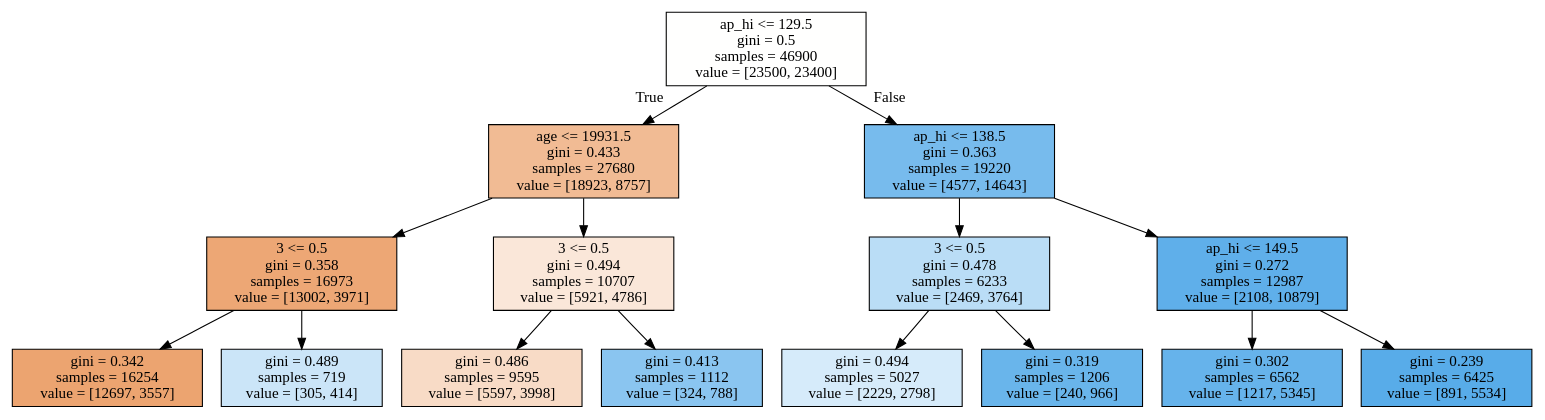
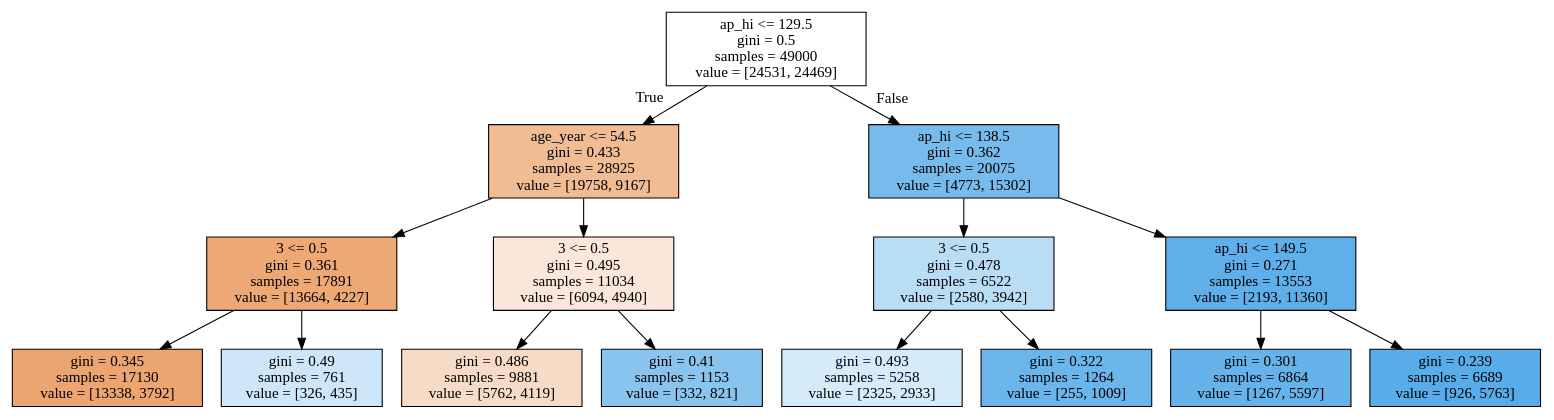
One commit to Yorko/mlcourse.ai changed the diagram in img/zm_tree.dot. Above: the diagram before and after it, drawn with Graphviz. The commit also changed 5 other files, not shown here.

```diff
--- a/img/zm_tree.dot
+++ b/img/zm_tree.dot
@@ -1,32 +1,32 @@
 digraph Tree {
 node [shape=box, style="filled", color="black"] ;
-0 [label="ap_hi <= 129.5\ngini = 0.5\nsamples = 46900\nvalue = [23500, 23400]", fillcolor="#e5813901"] ;
-1 [label="age <= 19931.5\ngini = 0.433\nsamples = 27680\nvalue = [18923, 8757]", fillcolor="#e5813989"] ;
+0 [label="ap_hi <= 129.5\ngini = 0.5\nsamples = 49000\nvalue = [24531, 24469]", fillcolor="#e5813901"] ;
+1 [label="age_year <= 54.5\ngini = 0.433\nsamples = 28925\nvalue = [19758, 9167]", fillcolor="#e5813989"] ;
 0 -> 1 [labeldistance=2.5, labelangle=45, headlabel="True"] ;
-2 [label="3 <= 0.5\ngini = 0.358\nsamples = 16973\nvalue = [13002, 3971]", fillcolor="#e58139b1"] ;
+2 [label="3 <= 0.5\ngini = 0.361\nsamples = 17891\nvalue = [13664, 4227]", fillcolor="#e58139b0"] ;
 1 -> 2 ;
-3 [label="gini = 0.342\nsamples = 16254\nvalue = [12697, 3557]", fillcolor="#e58139b8"] ;
+3 [label="gini = 0.345\nsamples = 17130\nvalue = [13338, 3792]", fillcolor="#e58139b7"] ;
 2 -> 3 ;
-4 [label="gini = 0.489\nsamples = 719\nvalue = [305, 414]", fillcolor="#399de543"] ;
+4 [label="gini = 0.49\nsamples = 761\nvalue = [326, 435]", fillcolor="#399de540"] ;
 2 -> 4 ;
-5 [label="3 <= 0.5\ngini = 0.494\nsamples = 10707\nvalue = [5921, 4786]", fillcolor="#e5813931"] ;
+5 [label="3 <= 0.5\ngini = 0.495\nsamples = 11034\nvalue = [6094, 4940]", fillcolor="#e5813930"] ;
 1 -> 5 ;
-6 [label="gini = 0.486\nsamples = 9595\nvalue = [5597, 3998]", fillcolor="#e5813949"] ;
+6 [label="gini = 0.486\nsamples = 9881\nvalue = [5762, 4119]", fillcolor="#e5813949"] ;
 5 -> 6 ;
-7 [label="gini = 0.413\nsamples = 1112\nvalue = [324, 788]", fillcolor="#399de596"] ;
+7 [label="gini = 0.41\nsamples = 1153\nvalue = [332, 821]", fillcolor="#399de598"] ;
 5 -> 7 ;
-8 [label="ap_hi <= 138.5\ngini = 0.363\nsamples = 19220\nvalue = [4577, 14643]", fillcolor="#399de5af"] ;
+8 [label="ap_hi <= 138.5\ngini = 0.362\nsamples = 20075\nvalue = [4773, 15302]", fillcolor="#399de5af"] ;
 0 -> 8 [labeldistance=2.5, labelangle=-45, headlabel="False"] ;
-9 [label="3 <= 0.5\ngini = 0.478\nsamples = 6233\nvalue = [2469, 3764]", fillcolor="#399de558"] ;
+9 [label="3 <= 0.5\ngini = 0.478\nsamples = 6522\nvalue = [2580, 3942]", fillcolor="#399de558"] ;
 8 -> 9 ;
-10 [label="gini = 0.494\nsamples = 5027\nvalue = [2229, 2798]", fillcolor="#399de534"] ;
+10 [label="gini = 0.493\nsamples = 5258\nvalue = [2325, 2933]", fillcolor="#399de535"] ;
 9 -> 10 ;
-11 [label="gini = 0.319\nsamples = 1206\nvalue = [240, 966]", fillcolor="#399de5c0"] ;
+11 [label="gini = 0.322\nsamples = 1264\nvalue = [255, 1009]", fillcolor="#399de5bf"] ;
 9 -> 11 ;
-12 [label="ap_hi <= 149.5\ngini = 0.272\nsamples = 12987\nvalue = [2108, 10879]", fillcolor="#399de5ce"] ;
+12 [label="ap_hi <= 149.5\ngini = 0.271\nsamples = 13553\nvalue = [2193, 11360]", fillcolor="#399de5ce"] ;
 8 -> 12 ;
-13 [label="gini = 0.302\nsamples = 6562\nvalue = [1217, 5345]", fillcolor="#399de5c5"] ;
+13 [label="gini = 0.301\nsamples = 6864\nvalue = [1267, 5597]", fillcolor="#399de5c5"] ;
 12 -> 13 ;
-14 [label="gini = 0.239\nsamples = 6425\nvalue = [891, 5534]", fillcolor="#399de5d6"] ;
+14 [label="gini = 0.239\nsamples = 6689\nvalue = [926, 5763]", fillcolor="#399de5d6"] ;
 12 -> 14 ;
 }
```
